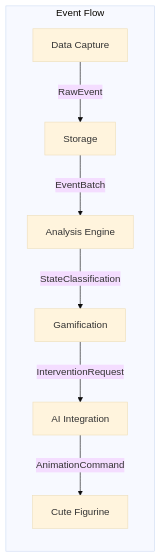
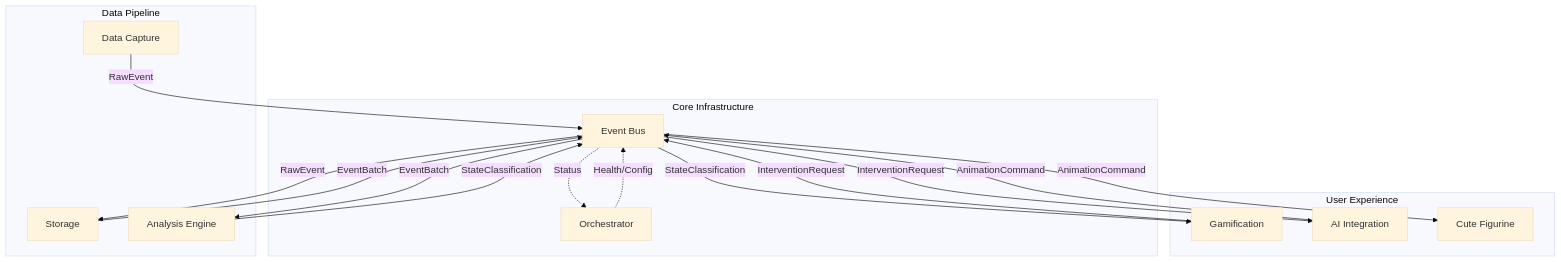
One commit to chreez/skelly-jelly changed the first of 2 diagrams in docs/skelly-jelly-hld.md. Above: the diagram before and after it, drawn with Mermaid (base theme). The commit also changed other lines of this file and 2 other files, not shown here.

````diff
--- a/docs/skelly-jelly-hld.md
+++ b/docs/skelly-jelly-hld.md
@@ -12,10 +32,26 @@
 ```mermaid
-graph LR
-    subgraph "Event Flow"
-        DC[Data Capture] -->|RawEvent| ST[Storage]
-        ST -->|EventBatch| AE[Analysis Engine]
-        AE -->|StateClassification| GM[Gamification]
-        GM -->|InterventionRequest| AI[AI Integration]
-        AI -->|AnimationCommand| CF[Cute Figurine]
+graph TB
+    subgraph "Core Infrastructure"
+        EB[Event Bus]
+        OR[Orchestrator]
     end
+    
+    subgraph "Data Pipeline"
+        DC[Data Capture] -->|RawEvent| EB
+        EB -->|RawEvent| ST[Storage]
+        ST -->|EventBatch| EB
+        EB -->|EventBatch| AE[Analysis Engine]
+    end
+    
+    subgraph "User Experience"
+        AE -->|StateClassification| EB
+        EB -->|StateClassification| GM[Gamification]
+        GM -->|InterventionRequest| EB
+        EB -->|InterventionRequest| AI[AI Integration]
+        AI -->|AnimationCommand| EB
+        EB -->|AnimationCommand| CF[Cute Figurine]
+    end
+    
+    OR -.->|Health/Config| EB
+    EB -.->|Status| OR
 ```
````
